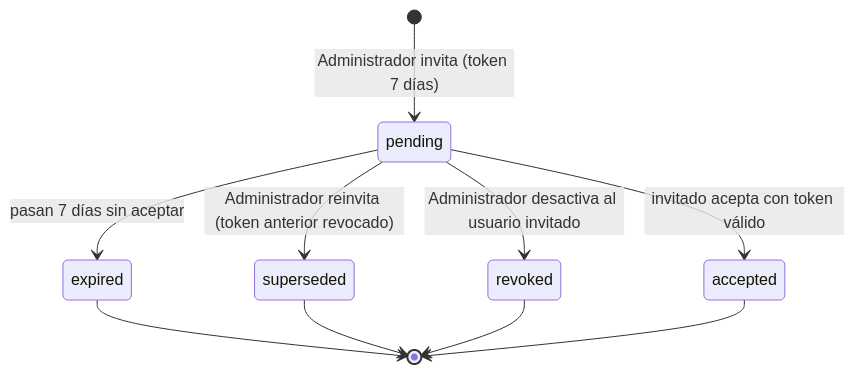
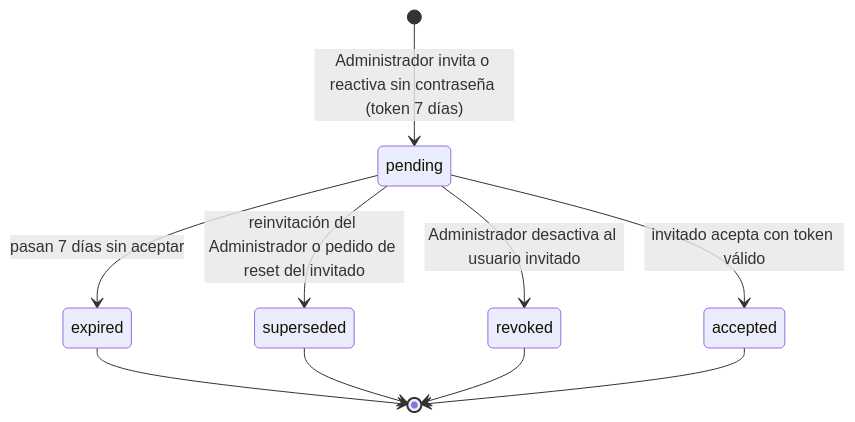
The eighth of 9 diagrams in specs/001-empresas-usuarios/plan.md (fdelillo/crm), drawn with Mermaid before and after one commit. The commit also changed other lines of this file and 6 other files, not shown here.

````diff
--- a/specs/001-empresas-usuarios/plan.md
+++ b/specs/001-empresas-usuarios/plan.md
@@ -455,12 +478,12 @@
 ```mermaid
 stateDiagram-v2
-    [*] --> pending : Administrador invita (token 7 días)
+    [*] --> pending : Administrador invita o reactiva sin contraseña (token 7 días)
     pending --> accepted : invitado acepta con token válido
     pending --> expired : pasan 7 días sin aceptar
-    pending --> superseded : Administrador reinvita (token anterior revocado)
+    pending --> superseded : reinvitación del Administrador o pedido de reset del invitado
     pending --> revoked : Administrador desactiva al usuario invitado
     expired --> [*]
     superseded --> [*]
     revoked --> [*]
     accepted --> [*]
 ```
````
